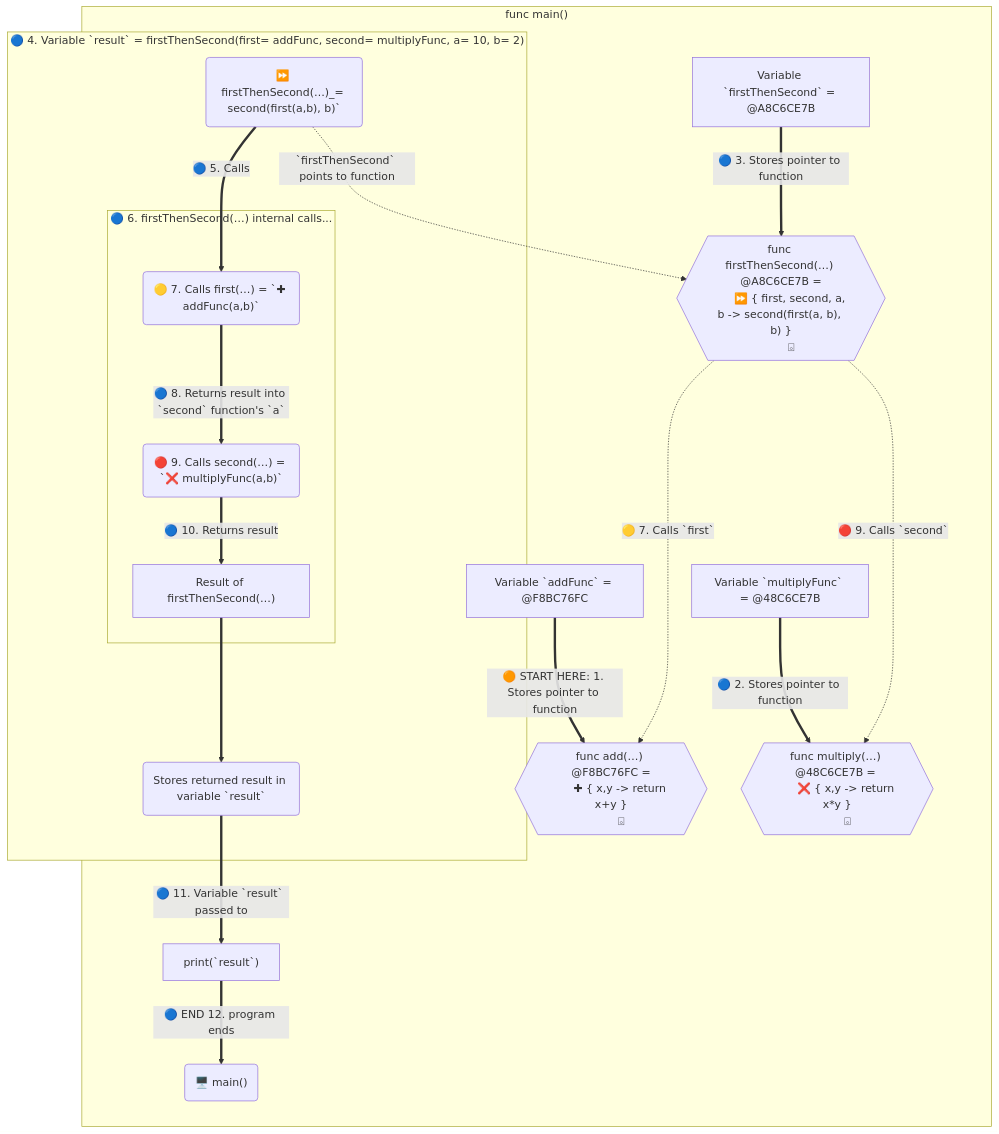
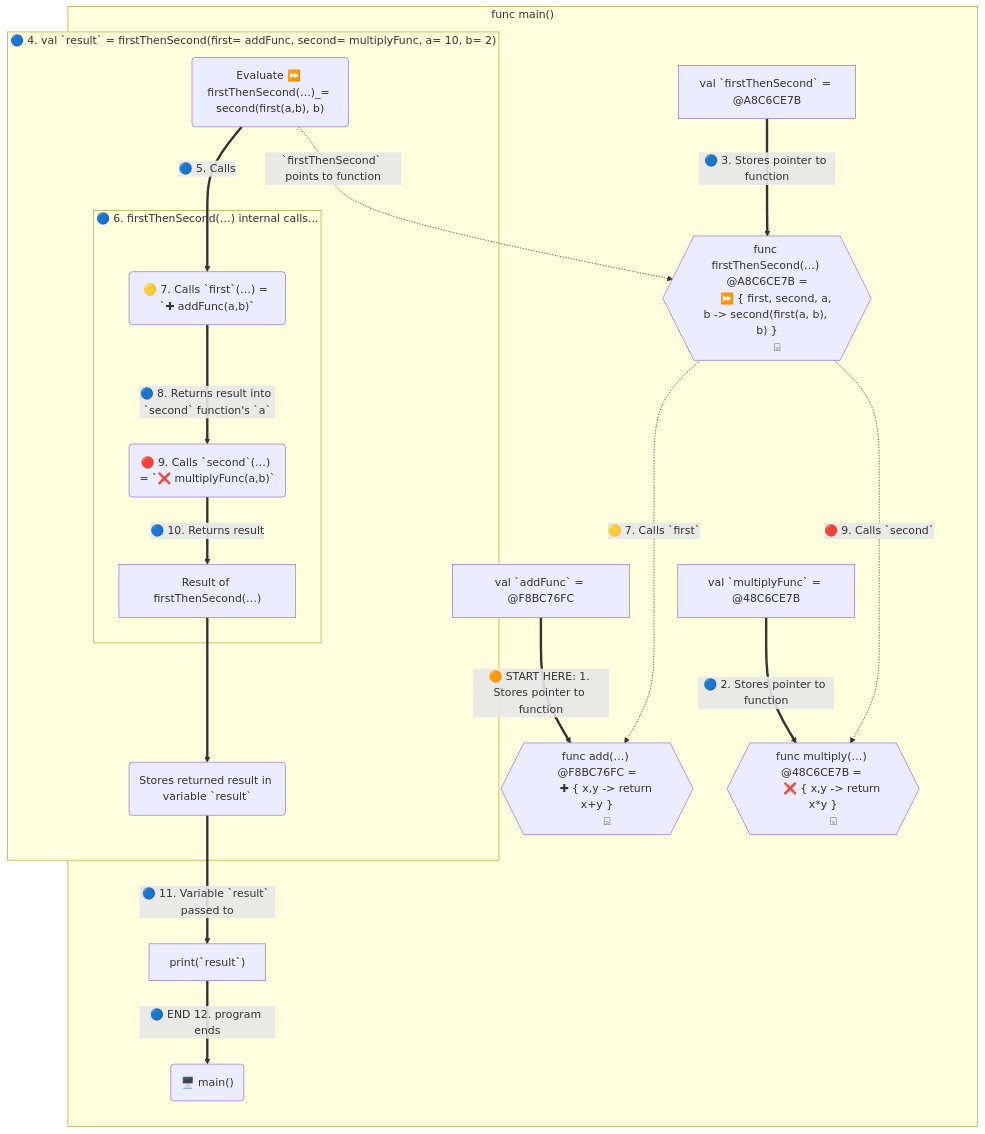
One commit to realityexpander/How_to_program_from_ground_up changed the second of 2 diagrams in 10-FunctionalProgramming.md. Above: the diagram before and after it, drawn with Mermaid. The commit also changed other lines of this file, not shown here.

Commit message:
improve formatting

````diff
--- a/10-FunctionalProgramming.md
+++ b/10-FunctionalProgramming.md
@@ -114,42 +115,42 @@
 ```mermaid
 flowchart BT
  subgraph main["func main()"]
     
-   X["Variable `addFunc` = @F8BC76FC"] ==>|"🟠 START HERE: 1. Stores pointer to function"| addFn{{" 
+   X["val `addFunc` = @F8BC76FC"] ==>|"🟠 START HERE: 1. Stores pointer to function"| addFn{{" 
       func add(…) @F8BC76FC =
       ✚ { x,y -> return x+y }
       ⌺"}}
-   Y["Variable `multiplyFunc` = @48C6CE7B"] ==>|"🔵 2. Stores pointer to function"| multiplyFn{{" 
+   Y["val `multiplyFunc` = @48C6CE7B"] ==>|"🔵 2. Stores pointer to function"| multiplyFn{{" 
       func multiply(…) @48C6CE7B = 
       ❌ { x,y -> return x*y }
       ⌺"}}
-   Z["Variable `firstThenSecond` = @A8C6CE7B"] ==>|"🔵 3. Stores pointer to function"| firstThenSecondFunc{{" 
+   Z["val `firstThenSecond` = @A8C6CE7B"] ==>|"🔵 3. Stores pointer to function"| firstThenSecondFunc{{" 
       func firstThenSecond(…) @A8C6CE7B =
       ⏩ { first, second, a, b -> second(first(a, b), b) }
       ⌺"}}
    
    D -.->|`firstThenSecond` points to function| firstThenSecondFunc
    firstThenSecondFunc -...->|"🟡 7. Calls `first`"| addFn
    firstThenSecondFunc -...->|"🔴 9. Calls `second`"| multiplyFn
    
-   subgraph result["🔵 4. Variable `result` = firstThenSecond(first= addFunc, second= multiplyFunc, a= 10, b= 2)"]
+   subgraph result["🔵 4. val `result` = firstThenSecond(first= addFunc, second= multiplyFunc, a= 10, b= 2)"]
      resultInner["Result of firstThenSecond(…)"] ==> E
-     D("⏩ firstThenSecond(…)_= second(first(a,b), b)`") ==>|"🔵 5. Calls"| first
+     D("Evaluate ⏩ firstThenSecond(…)_= second(first(a,b), b)") ==>|"🔵 5. Calls"| first
      subgraph firstThenSecond[" 🔵 6. firstThenSecond(…) internal calls..."]
-        first("🟡 7. Calls first(…) = `✚ addFunc(a,b)`")==>|"🔵 8. Returns result into `second` function's `a`"| second
-        second("🔴 9. Calls second(…) = `❌ multiplyFunc(a,b)`") ==>|"🔵 10. Returns result"| resultInner
+        first("🟡 7. Calls `first`(…) = `✚ addFunc(a,b)`")==>|"🔵 8. Returns result into `second` function's `a`"| second
+        second("🔴 9. Calls `second`(…) = `❌ multiplyFunc(a,b)`") ==>|"🔵 10. Returns result"| resultInner
         
         %% Show where return to firstThenSecond
         %% second("calls second(…) = `❌ multiplyFunc(a,b)`") ==>|🔵 6. returns result| D
      end
    end
    E("Stores returned result in variable `result`") ==>|"🔵 11. Variable `result` passed to"| F
    F["print(`result`)"]==>|"🔵 END 12. program ends"| G
 
    %% Show the function pointers for the lambda
    %%   first -..->|`first` points to function| addFn
    %%   second -...->|`second` points to function| multiplyFn
  end
  G("🖥️ main()")
  
 ```
````
